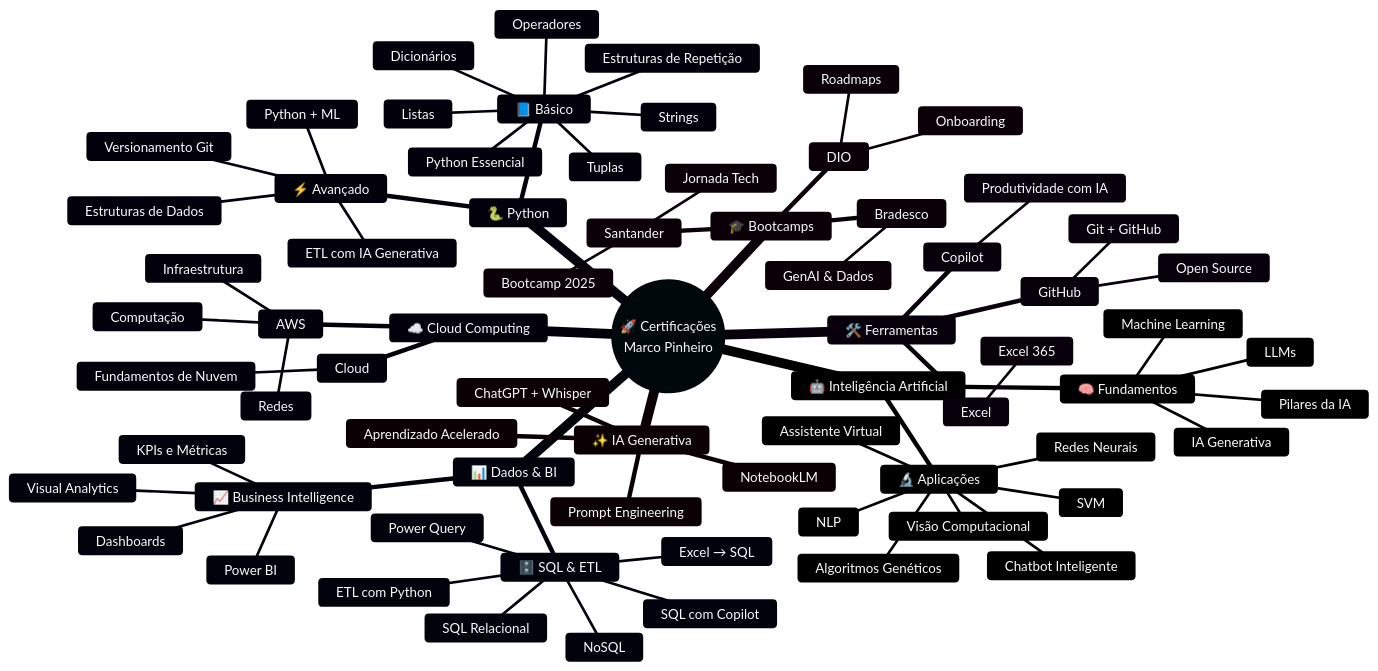
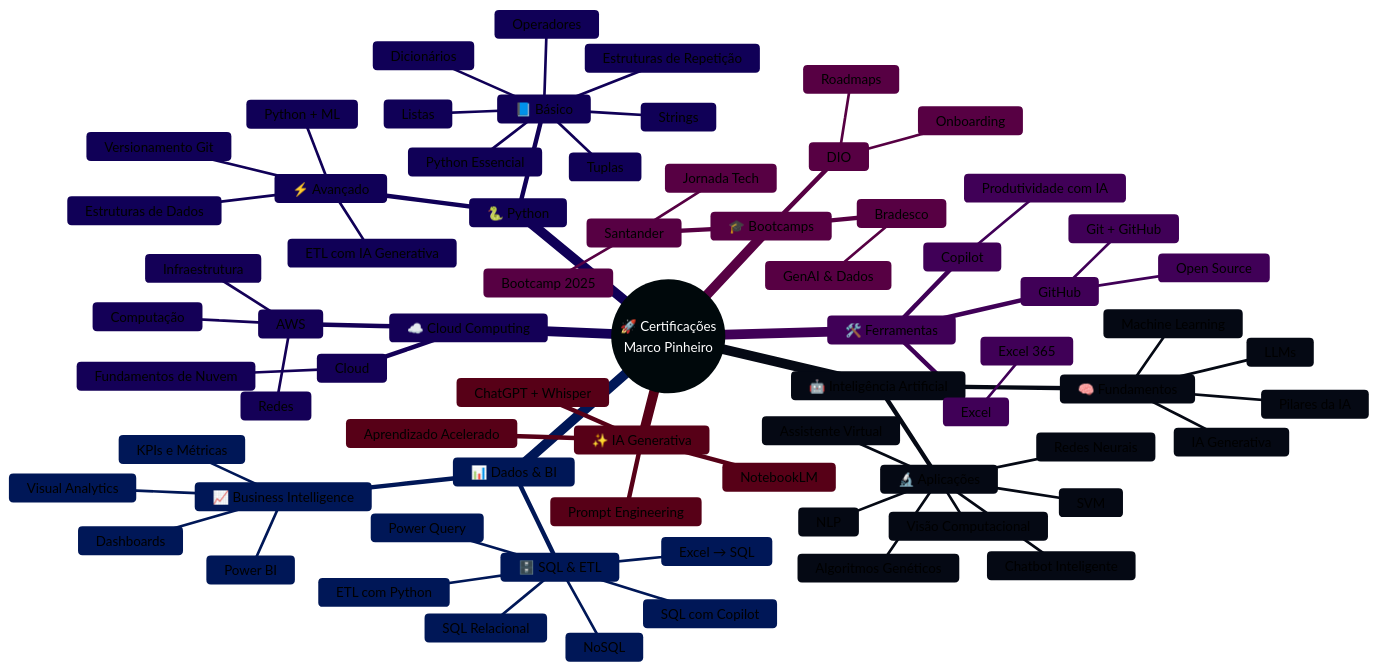
The diagram in README.md (marco-dev-pinheiro/marco-dev-pinheiro), drawn with Mermaid before and after one commit.

Commit message:
Change Mermaid theme to 'forest' with new colors
Updated theme colors in Mermaid diagram configuration.

````diff
--- a/README.md
+++ b/README.md
@@ -9,15 +9,15 @@
 ```mermaid
 
 %%{init: {
-  "theme": "base",
+  "theme": "forest",
   "themeVariables": {
-    "background": "#0A1020",
+    "background": "#560085",
 
     "primaryColor": "#006A8A",
     "primaryTextColor": "#F8FAFC",
-    "primaryBorderColor": "#008F83",
+    "primaryBorderColor": "#19008A",
 
-    "lineColor": "#0050B3",
+    "lineColor": "#008F83",
 
     "secondaryColor": "#19008A",
     "secondaryTextColor": "#E2E8F0",
````
